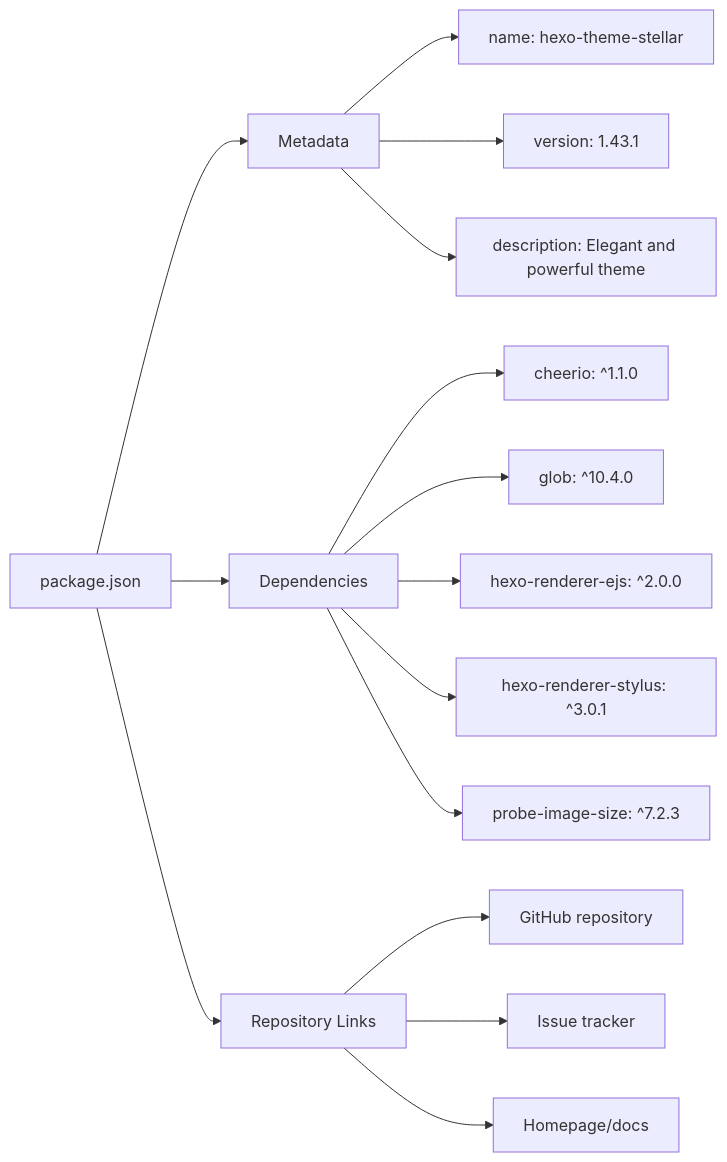
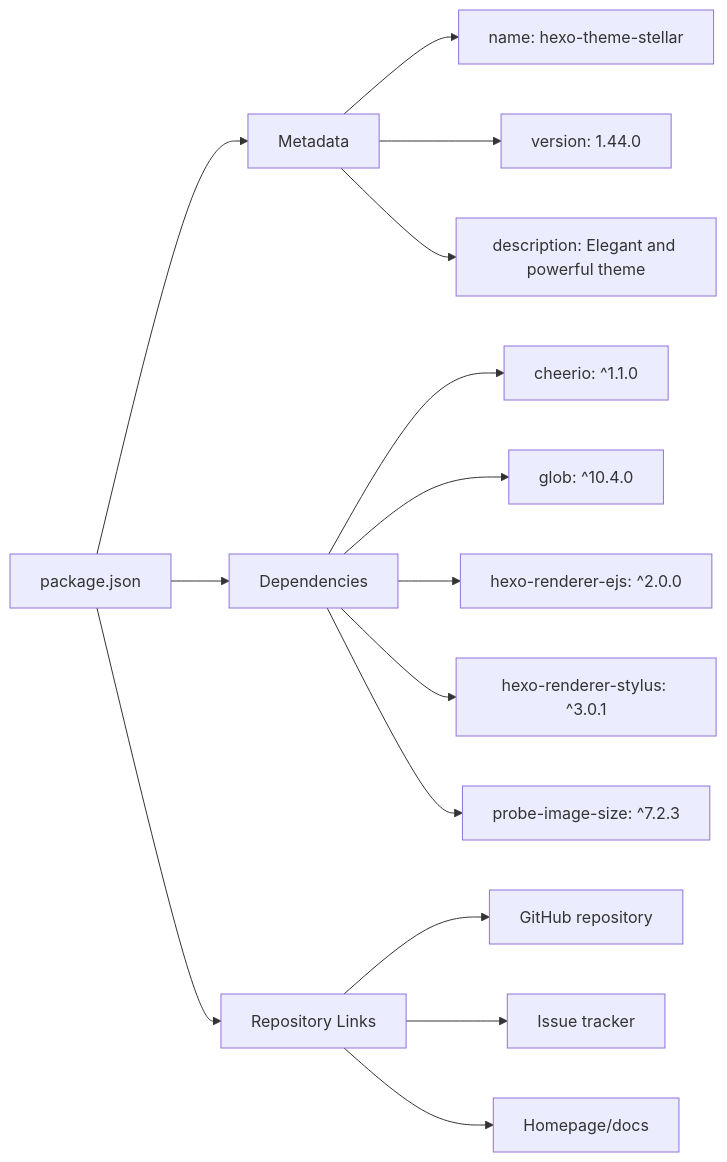
One commit to penndu/hexo changed the second of 5 diagrams in themes/stellar/docs/knowledge/00-总览与安装配置/installation.md. Above: the diagram before and after it, drawn with Mermaid. The commit also changed other lines of this file and 14 other files, not shown here.

````diff
--- a/themes/stellar/docs/knowledge/00-总览与安装配置/installation.md
+++ b/themes/stellar/docs/knowledge/00-总览与安装配置/installation.md
@@ -124,25 +124,25 @@
 ```mermaid
 graph LR
     PKG["package.json"]
     META["Metadata"]
     DEPS["Dependencies"]
     REPO["Repository Links"]
     
     PKG --> META
     PKG --> DEPS
     PKG --> REPO
     
     META --> NAME["name: hexo-theme-stellar"]
-    META --> VER["version: 1.43.1"]
+    META --> VER["version: 1.44.0"]
     META --> DESC["description: Elegant and powerful theme"]
     
     DEPS --> CHEERIO["cheerio: ^1.1.0"]
     DEPS --> GLOB["glob: ^10.4.0"]
     DEPS --> EJS["hexo-renderer-ejs: ^2.0.0"]
     DEPS --> STYLUS["hexo-renderer-stylus: ^3.0.1"]
     DEPS --> PROBE["probe-image-size: ^7.2.3"]
     
     REPO --> GIT["GitHub repository"]
     REPO --> ISSUES["Issue tracker"]
     REPO --> HOME["Homepage/docs"]
 ```
````
